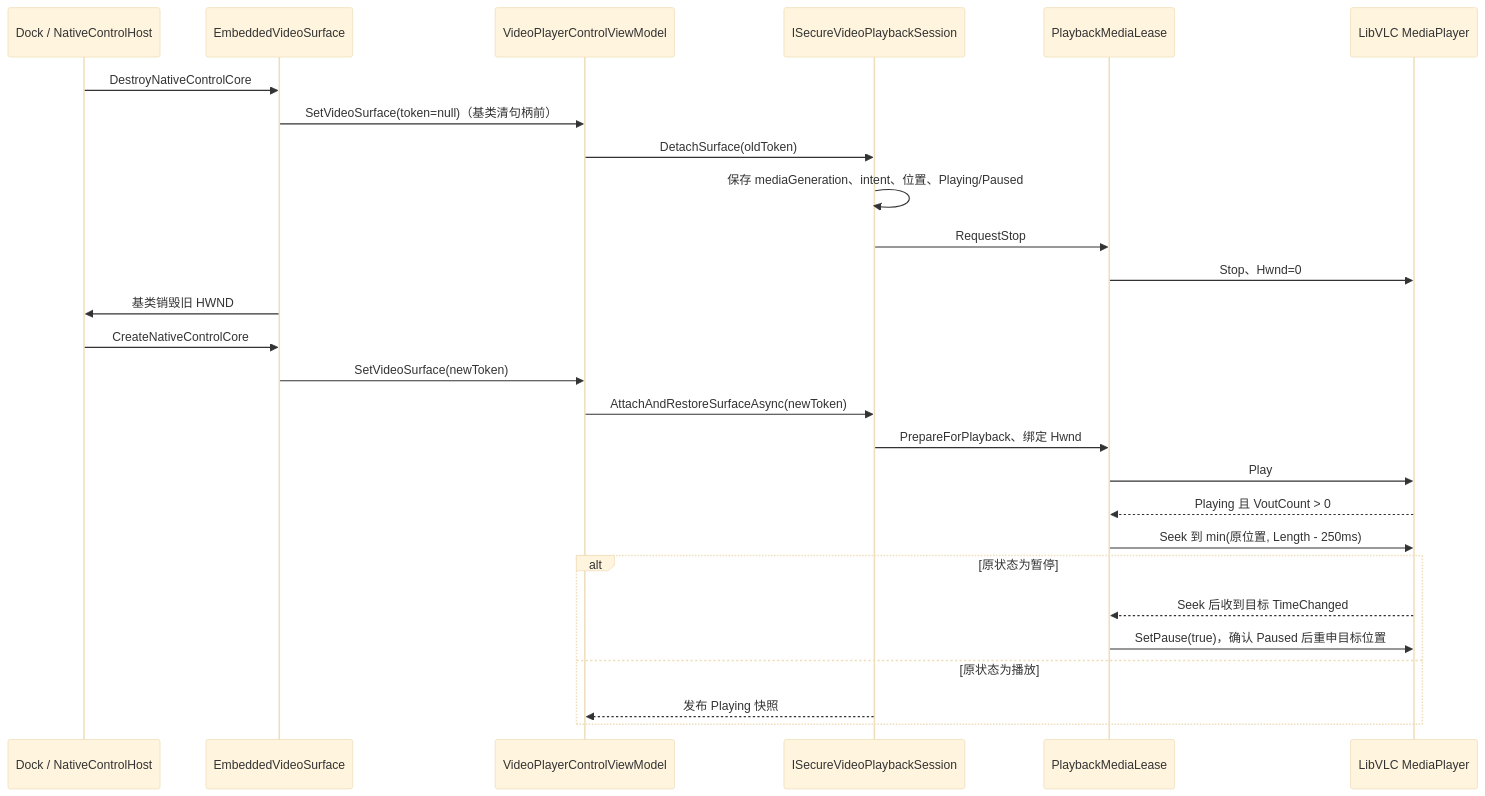
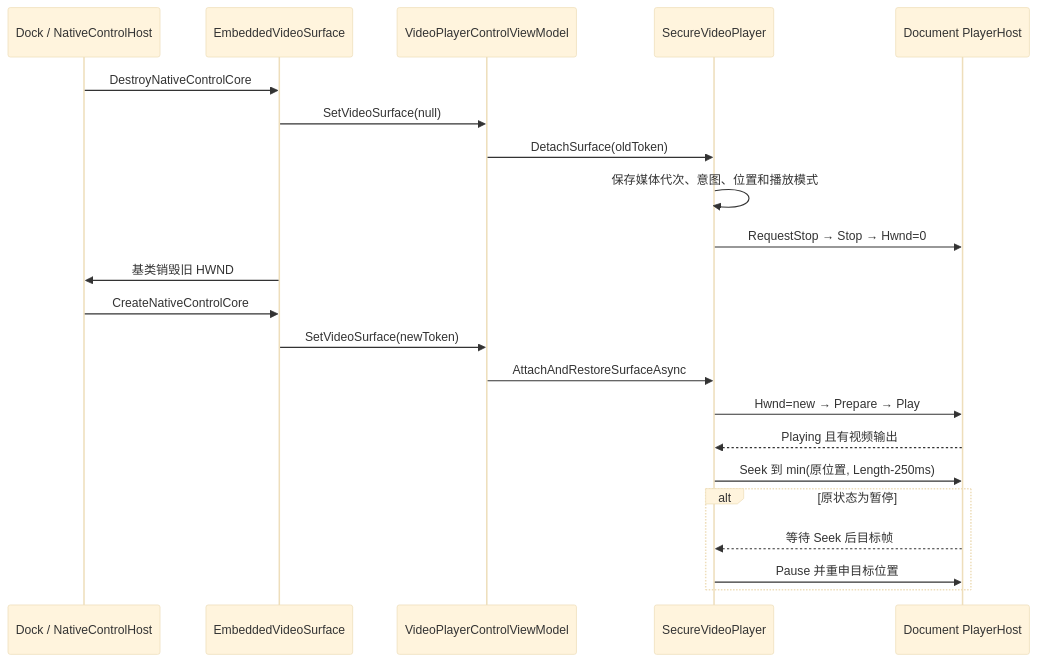
The diagram in Plugins/MySmallTools/MySmallTools/docs/secret-video-player/integration-and-conventions.md (crownclowngx/avalonia_dock_simple_test), drawn with Mermaid (base theme) before and after one commit. The commit also changed other lines of this file and 3 other files, not shown here.

````diff
--- a/Plugins/MySmallTools/MySmallTools/docs/secret-video-player/integration-and-conventions.md
+++ b/Plugins/MySmallTools/MySmallTools/docs/secret-video-player/integration-and-conventions.md
@@ -120,31 +189,26 @@
 ```mermaid
 sequenceDiagram
     participant Dock as Dock / NativeControlHost
     participant Surface as EmbeddedVideoSurface
     participant VM as VideoPlayerControlViewModel
-    participant Session as ISecureVideoPlaybackSession
-    participant Lease as PlaybackMediaLease
-    participant VLC as LibVLC MediaPlayer
+    participant Session as SecureVideoPlayer
+    participant Host as Document PlayerHost
 
     Dock->>Surface: DestroyNativeControlCore
-    Surface->>VM: SetVideoSurface(token=null)（基类清句柄前）
+    Surface->>VM: SetVideoSurface(null)
     VM->>Session: DetachSurface(oldToken)
-    Session->>Session: 保存 mediaGeneration、intent、位置、Playing/Paused
-    Session->>Lease: RequestStop
-    Lease->>VLC: Stop、Hwnd=0
+    Session->>Session: 保存媒体代次、意图、位置和播放模式
+    Session->>Host: RequestStop → Stop → Hwnd=0
     Surface->>Dock: 基类销毁旧 HWND
 
     Dock->>Surface: CreateNativeControlCore
     Surface->>VM: SetVideoSurface(newToken)
-    VM->>Session: AttachAndRestoreSurfaceAsync(newToken)
-    Session->>Lease: PrepareForPlayback、绑定 Hwnd
-    Lease->>VLC: Play
-    VLC-->>Lease: Playing 且 VoutCount > 0
-    Lease->>VLC: Seek 到 min(原位置, Length - 250ms)
+    VM->>Session: AttachAndRestoreSurfaceAsync
+    Session->>Host: Hwnd=new → Prepare → Play
+    Host-->>Session: Playing 且有视频输出
+    Session->>Host: Seek 到 min(原位置, Length-250ms)
     alt 原状态为暂停
-        VLC-->>Lease: Seek 后收到目标 TimeChanged
-        Lease->>VLC: SetPause(true)，确认 Paused 后重申目标位置
-    else 原状态为播放
-        Session-->>VM: 发布 Playing 快照
+        Host-->>Session: 等待 Seek 后目标帧
+        Session->>Host: Pause 并重申目标位置
     end
 ```
````
